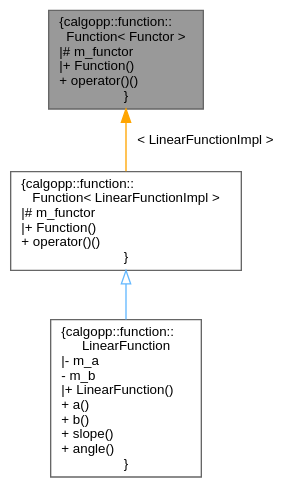
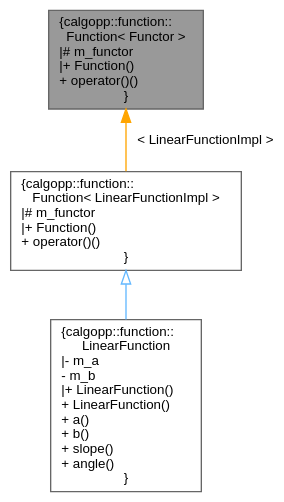
The diagram in classcalgopp_1_1function_1_1Function__inherit__graph.dot (pawelekg95/algopp), drawn with Graphviz before and after one commit. The commit also changed 26 other files, not shown here.

```diff
--- a/classcalgopp_1_1function_1_1Function__inherit__graph.dot
+++ b/classcalgopp_1_1function_1_1Function__inherit__graph.dot
@@ -1,12 +1,12 @@
 digraph "calgopp::function::Function&lt; Functor &gt;"
 {
  // LATEX_PDF_SIZE
   bgcolor="transparent";
   edge [fontname=Helvetica,fontsize=10,labelfontname=Helvetica,labelfontsize=10];
   node [fontname=Helvetica,fontsize=10,shape=box,height=0.2,width=0.4];
   Node1 [label="{calgopp::function::\lFunction\< Functor \>\n|# m_functor\l|+ Function()\l+ operator()()\l}",height=0.2,width=0.4,color="gray40", fillcolor="grey60", style="filled", fontcolor="black",tooltip=" "];
   Node1 -> Node2 [dir="back",color="orange",style="solid",label=" \< LinearFunctionImpl \>" ];
   Node2 [label="{calgopp::function::\lFunction\< LinearFunctionImpl \>\n|# m_functor\l|+ Function()\l+ operator()()\l}",height=0.2,width=0.4,color="gray40", fillcolor="white", style="filled",URL="$classcalgopp_1_1function_1_1Function.html",tooltip=" "];
   Node2 -> Node3 [dir="back",color="steelblue1",style="solid",arrowtail="onormal"];
-  Node3 [label="{calgopp::function::\lLinearFunction\n|- m_a\l- m_b\l|+ LinearFunction()\l+ a()\l+ b()\l+ slope()\l+ angle()\l}",height=0.2,width=0.4,color="gray40", fillcolor="white", style="filled",URL="$classcalgopp_1_1function_1_1LinearFunction.html",tooltip=" "];
+  Node3 [label="{calgopp::function::\lLinearFunction\n|- m_a\l- m_b\l|+ LinearFunction()\l+ LinearFunction()\l+ a()\l+ b()\l+ slope()\l+ angle()\l}",height=0.2,width=0.4,color="gray40", fillcolor="white", style="filled",URL="$classcalgopp_1_1function_1_1LinearFunction.html",tooltip=" "];
 }
```
